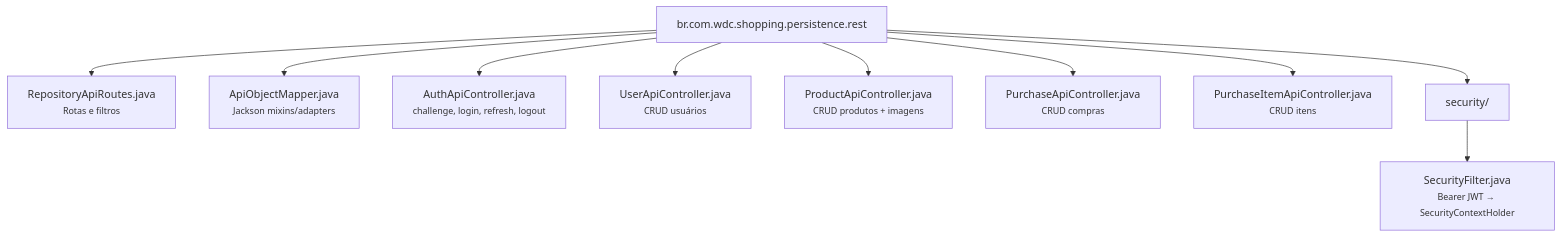
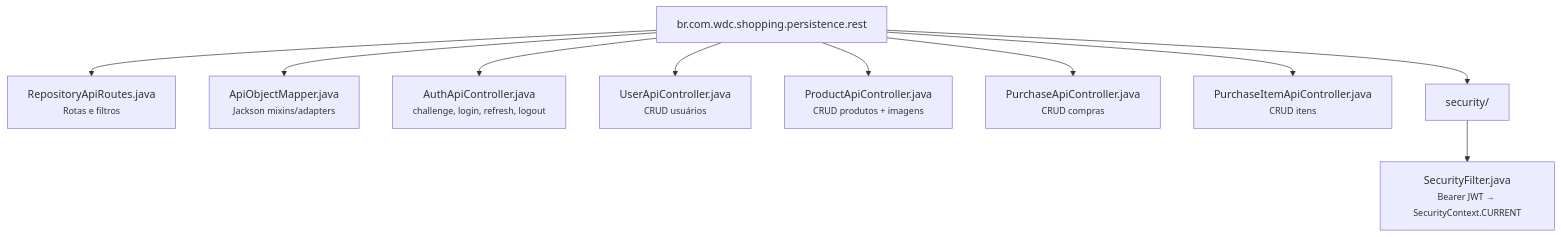
One commit to mrcdom/wdc-cube-java-v2 changed the diagram in fontes/br.com.wdc.shopping/br.com.wdc.shopping.persistence.rest/README.md. Above: the diagram before and after it, drawn with Mermaid. The commit also changed other lines of this file and 5 other files, not shown here.

````diff
--- a/fontes/br.com.wdc.shopping/br.com.wdc.shopping.persistence.rest/README.md
+++ b/fontes/br.com.wdc.shopping/br.com.wdc.shopping.persistence.rest/README.md
@@ -16,13 +16,13 @@
 ```mermaid
 graph TD
     root["br.com.wdc.shopping.persistence.rest"]
     root --> Routes["RepositoryApiRoutes.java<br/><small>Rotas e filtros</small>"]
     root --> Mapper["ApiObjectMapper.java<br/><small>Jackson mixins/adapters</small>"]
     root --> AuthCtrl["AuthApiController.java<br/><small>challenge, login, refresh, logout</small>"]
     root --> UserCtrl["UserApiController.java<br/><small>CRUD usuários</small>"]
     root --> ProductCtrl["ProductApiController.java<br/><small>CRUD produtos + imagens</small>"]
     root --> PurchaseCtrl["PurchaseApiController.java<br/><small>CRUD compras</small>"]
     root --> PurchItemCtrl["PurchaseItemApiController.java<br/><small>CRUD itens</small>"]
     root --> security["security/"]
-    security --> Filter["SecurityFilter.java<br/><small>Bearer JWT → SecurityContextHolder</small>"]
+    security --> Filter["SecurityFilter.java<br/><small>Bearer JWT → SecurityContext.CURRENT</small>"]
 ```
````
